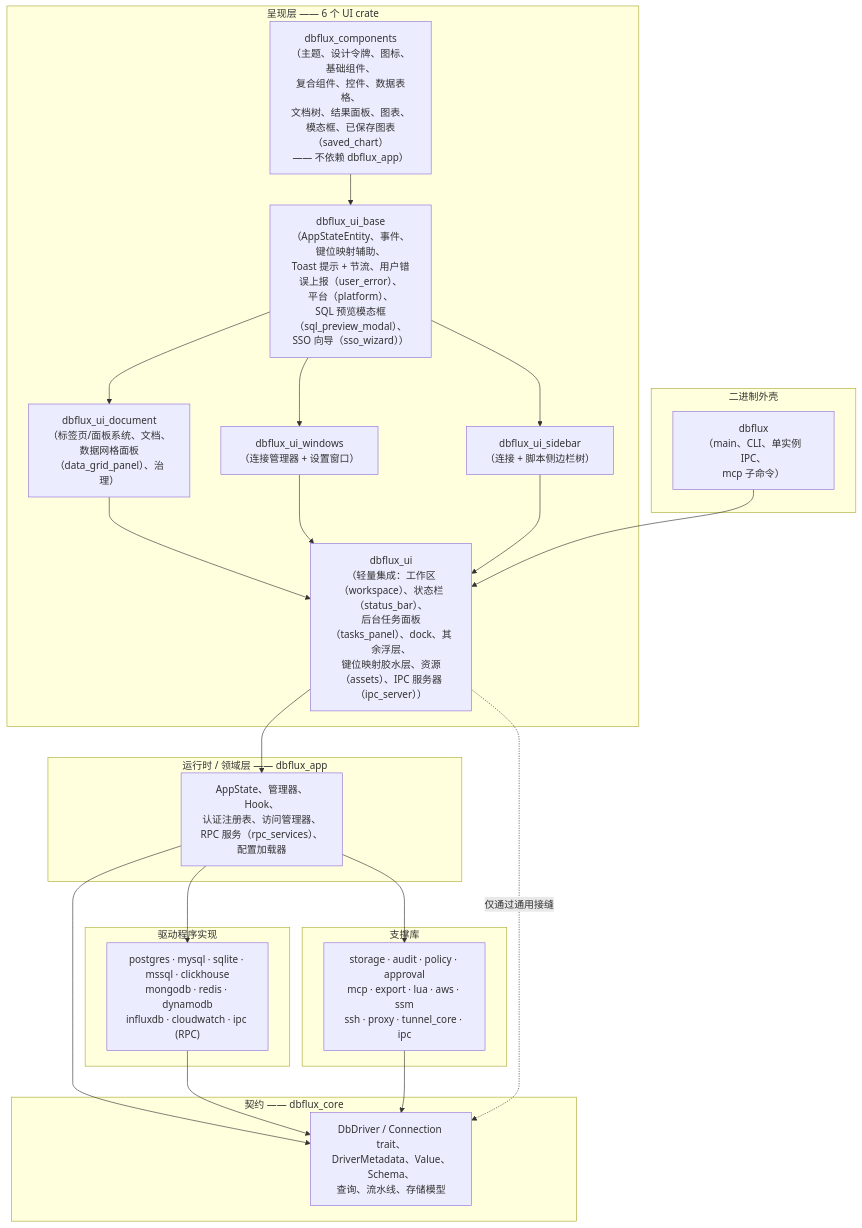
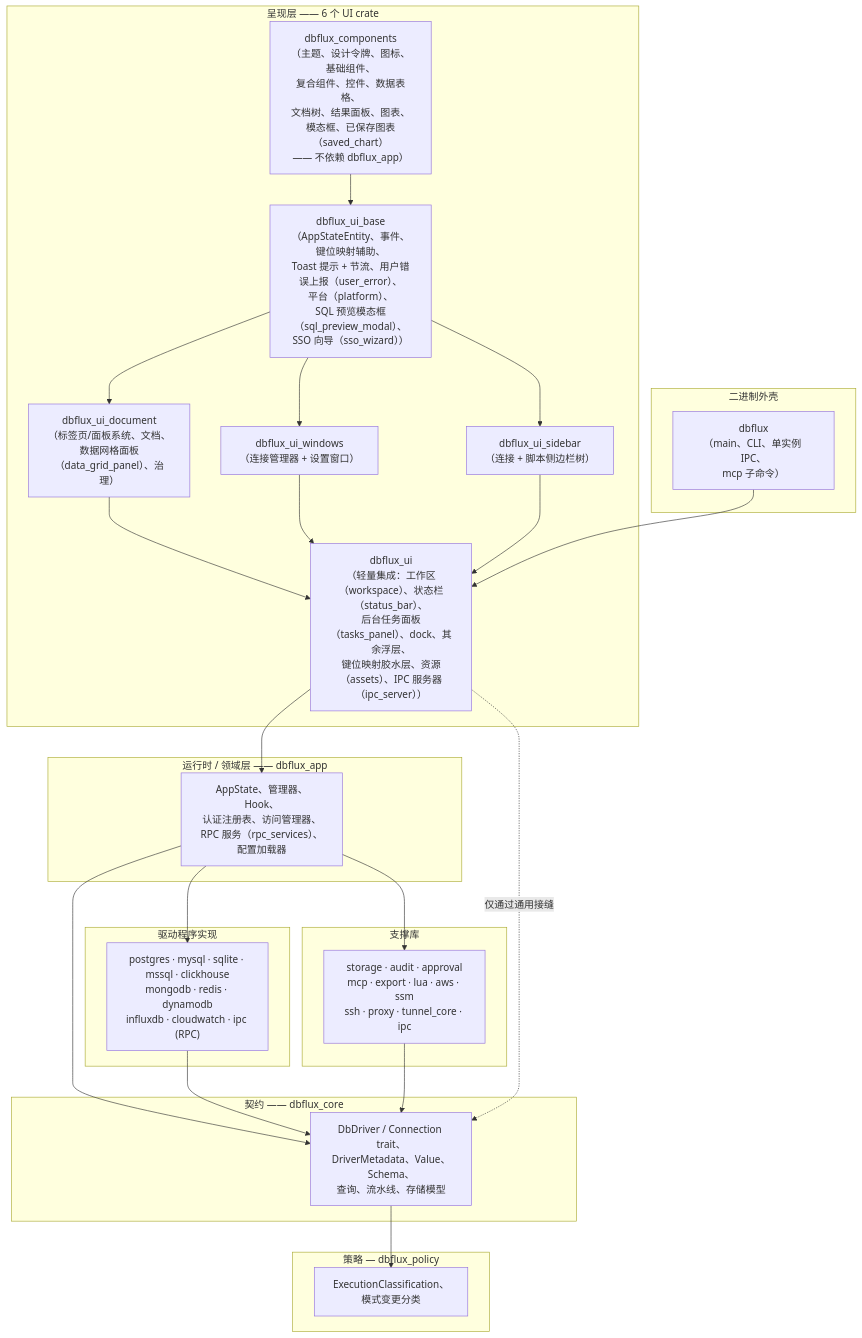
One commit to 0xErwin1/dbflux changed the first of 3 diagrams in docs/zh_Hans/ARCHITECTURE.md. Above: the diagram before and after it, drawn with Mermaid. The commit also changed other lines of this file and 4 other files, not shown here.

First line of the commit message:
docs: correct stale architecture facts in AGENTS.md and ARCHITECTURE.md (#1054)

````diff
--- a/docs/zh_Hans/ARCHITECTURE.md
+++ b/docs/zh_Hans/ARCHITECTURE.md
@@ -20,39 +20,44 @@
 ```mermaid
 flowchart TB
     subgraph Shell["二进制外壳"]
         bin["dbflux<br/>（main、CLI、单实例 IPC、<br/>mcp 子命令）"]
     end
 
     subgraph UI["呈现层 —— 6 个 UI crate"]
         uicomp["dbflux_components<br/>（主题、设计令牌、图标、基础组件、<br/>复合组件、控件、数据表格、<br/>文档树、结果面板、图表、<br/>模态框、已保存图表（saved_chart）<br/>—— 不依赖 dbflux_app）"]
         uibase["dbflux_ui_base<br/>（AppStateEntity、事件、键位映射辅助、<br/>Toast 提示 + 节流、用户错误上报（user_error）、<br/>平台（platform）、<br/>SQL 预览模态框（sql_preview_modal）、SSO 向导（sso_wizard））"]
         uidoc["dbflux_ui_document<br/>（标签页/面板系统、文档、<br/>数据网格面板（data_grid_panel）、治理）"]
         uisidebar["dbflux_ui_sidebar<br/>（连接 + 脚本侧边栏树）"]
         uiwindows["dbflux_ui_windows<br/>（连接管理器 + 设置窗口）"]
         uithin["dbflux_ui<br/>（轻量集成：工作区（workspace）、状态栏（status_bar）、<br/>后台任务面板（tasks_panel）、dock、其余浮层、<br/>键位映射胶水层、资源（assets）、IPC 服务器（ipc_server））"]
         uicomp --> uibase --> uidoc & uiwindows & uisidebar --> uithin
     end
 
     subgraph Runtime["运行时 / 领域层 —— dbflux_app"]
         app["AppState、管理器、Hook、<br/>认证注册表、访问管理器、<br/>RPC 服务（rpc_services）、配置加载器"]
     end
 
     subgraph Core["契约 —— dbflux_core"]
         core["DbDriver / Connection trait、<br/>DriverMetadata、Value、Schema、<br/>查询、流水线、存储模型"]
     end
 
     subgraph Drivers["驱动程序实现"]
         drv["postgres · mysql · sqlite · mssql · clickhouse<br/>mongodb · redis · dynamodb<br/>influxdb · cloudwatch · ipc (RPC)"]
     end
 
     subgraph Support["支撑库"]
-        sup["storage · audit · policy · approval<br/>mcp · export · lua · aws · ssm<br/>ssh · proxy · tunnel_core · ipc"]
+        sup["storage · audit · approval<br/>mcp · export · lua · aws · ssm<br/>ssh · proxy · tunnel_core · ipc"]
+    end
+
+    subgraph Policy["策略 — dbflux_policy"]
+        policy["ExecutionClassification、<br/>模式变更分类"]
     end
 
     bin --> uithin --> app --> core
     drv --> core
     sup --> core
+    core --> policy
     app --> drv
     app --> sup
     uithin -. "仅通过通用接缝" .-> core
 ```
````
